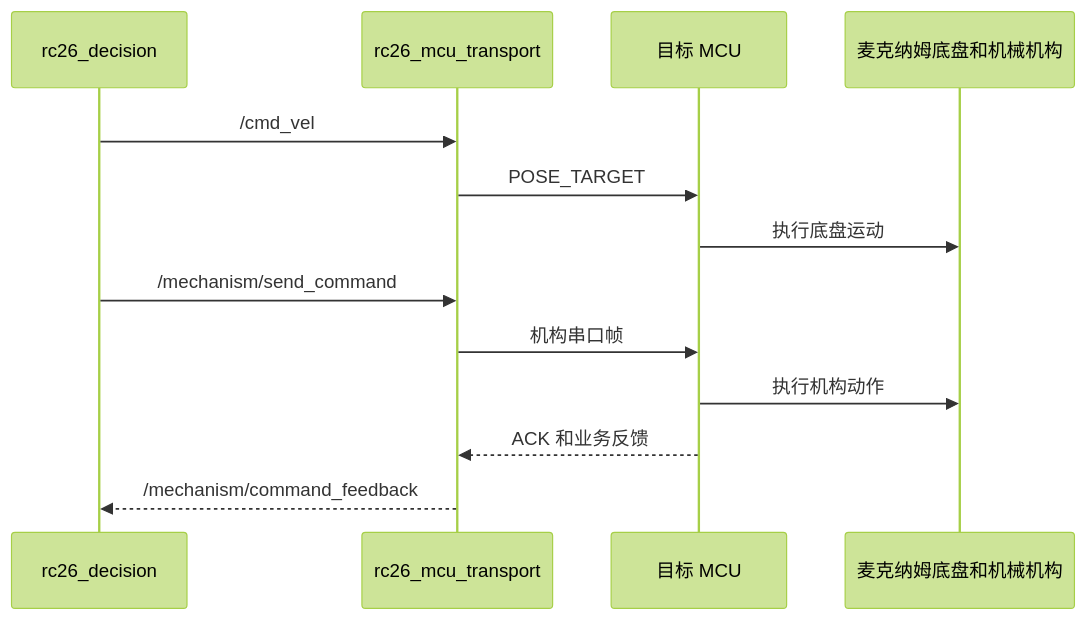
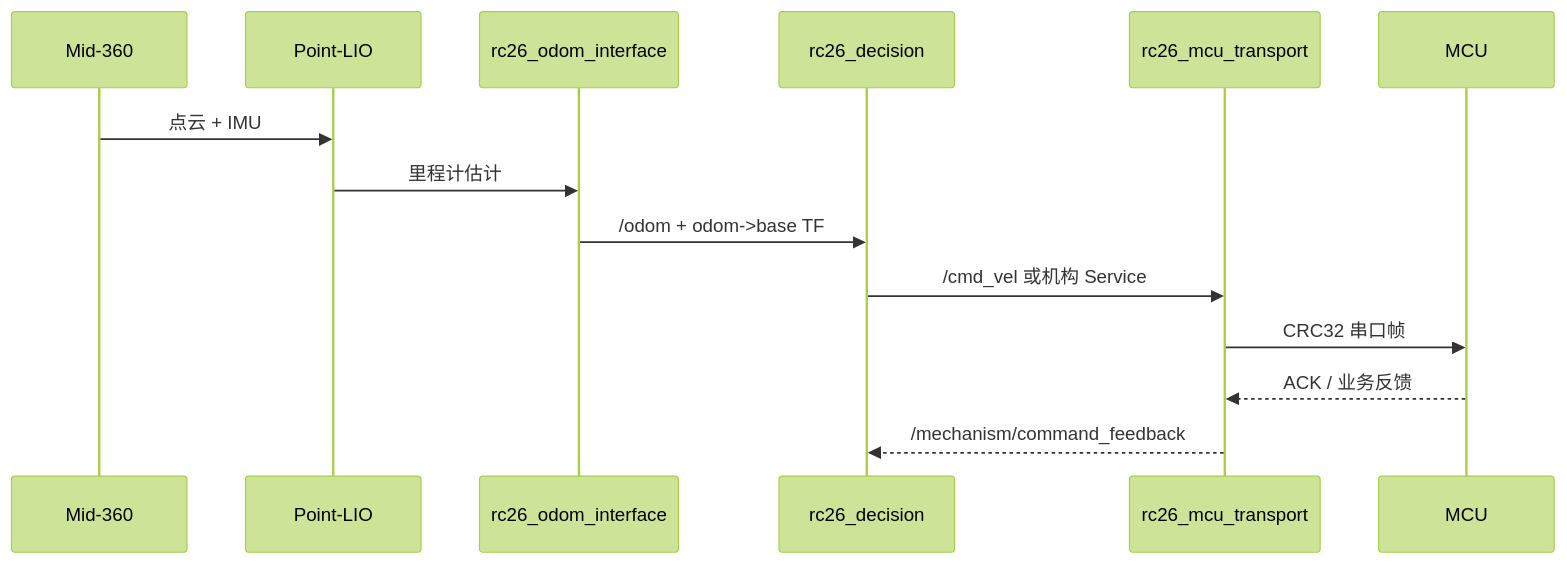
One commit to potato484/RC_2026 changed the second of 3 diagrams in README.md. Above: the diagram before and after it, drawn with Mermaid (forest theme). The commit also changed other lines of this file and 56 other files, not shown here.

````diff
--- a/README.md
+++ b/README.md
@@ -68,16 +219,17 @@
 ```mermaid
 sequenceDiagram
+    participant L as Mid-360
+    participant P as Point-LIO
+    participant O as rc26_odom_interface
     participant D as rc26_decision
     participant T as rc26_mcu_transport
-    participant M as 目标 MCU
-    participant R as 麦克纳姆底盘和机械机构
+    participant M as MCU
 
-    D->>T: /cmd_vel
-    T->>M: POSE_TARGET
-    M->>R: 执行底盘运动
-    D->>T: /mechanism/send_command
-    T->>M: 机构串口帧
-    M->>R: 执行机构动作
-    M-->>T: ACK 和业务反馈
+    L->>P: 点云 + IMU
+    P->>O: 里程计估计
+    O->>D: /odom + odom->base TF
+    D->>T: /cmd_vel 或机构 Service
+    T->>M: CRC32 串口帧
+    M-->>T: ACK / 业务反馈
     T-->>D: /mechanism/command_feedback
 ```
````
